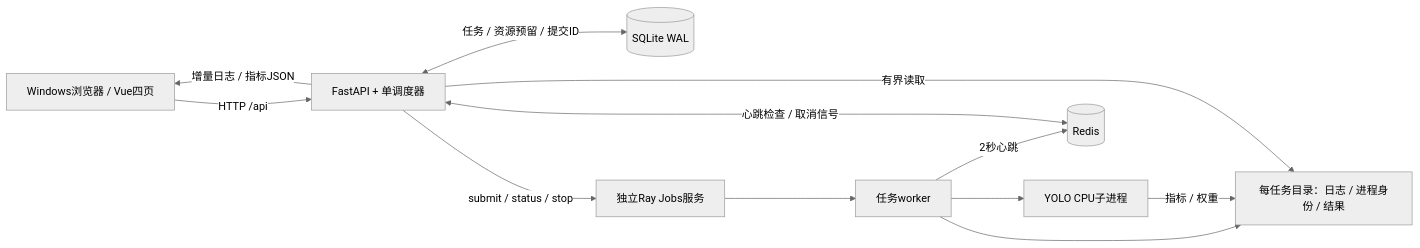
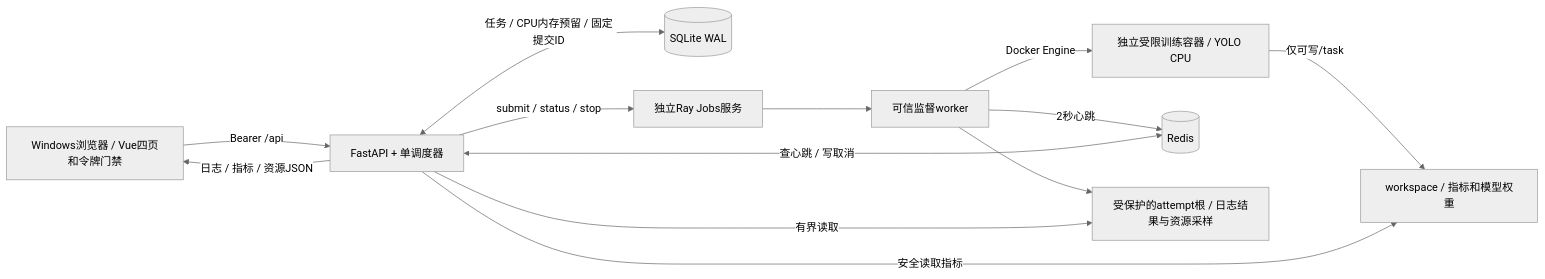
One commit to jackjiahao1491/trainplane-yolo-cpu changed the first of 6 diagrams in docs/architecture-and-implementation.md. Above: the diagram before and after it, drawn with Mermaid (neutral theme). The commit also changed other lines of this file and 16 other files, not shown here.

````diff
--- a/docs/architecture-and-implementation.md
+++ b/docs/architecture-and-implementation.md
@@ -46,15 +47,16 @@
 ```mermaid
 %% diagram: overall
 flowchart LR
-  UI[Windows浏览器 / Vue四页] -->|HTTP /api| API[FastAPI + 单调度器]
-  API <-->|任务 / 资源预留 / 提交ID| DB[(SQLite WAL)]
+  UI[Windows浏览器 / Vue四页和令牌门禁] -->|Bearer /api| API[FastAPI + 单调度器]
+  API <-->|任务 / CPU内存预留 / 固定提交ID| DB[(SQLite WAL)]
   API -->|submit / status / stop| RAY[独立Ray Jobs服务]
-  RAY --> WORKER[任务worker]
-  WORKER --> YOLO[YOLO CPU子进程]
+  RAY --> WORKER[可信监督worker]
+  WORKER -->|Docker Engine| TASK[独立受限训练容器 / YOLO CPU]
   WORKER -->|2秒心跳| REDIS[(Redis)]
-  API <-->|心跳检查 / 取消信号| REDIS
-  WORKER --> FILES[每任务目录：日志 / 进程身份 / 结果]
-  YOLO -->|指标 / 权重| FILES
-  API -->|有界读取| FILES
-  API -->|增量日志 / 指标JSON| UI
+  API <-->|查心跳 / 写取消| REDIS
+  WORKER --> CONTROL[受保护的attempt根 / 日志结果与资源采样]
+  TASK -->|仅可写/task| SPACE[workspace / 指标和模型权重]
+  API -->|有界读取| CONTROL
+  API -->|安全读取指标| SPACE
+  API -->|日志 / 指标 / 资源JSON| UI
 ```
````
